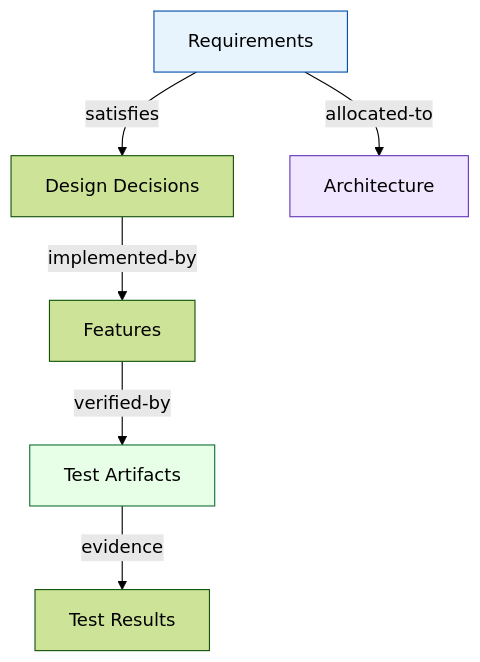
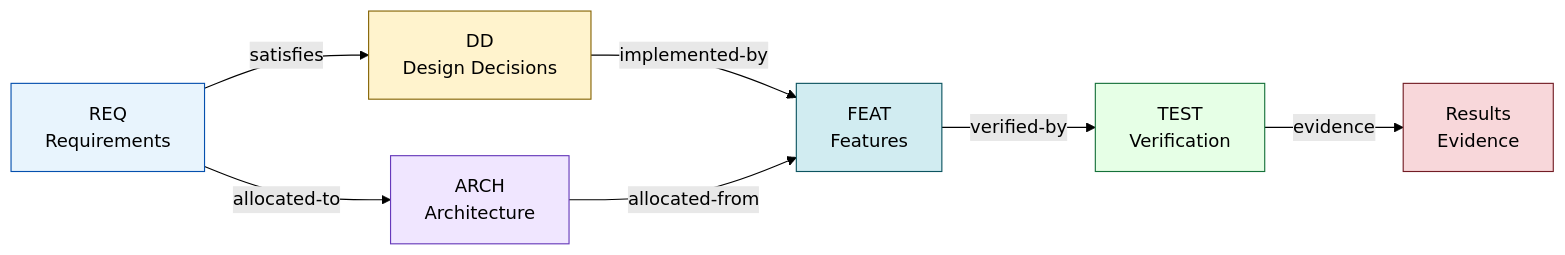
One commit to pulseengine/rivet changed the diagram in docs/srs.md. Above: the diagram before and after it, drawn with Mermaid (forest theme). The commit also changed other lines of this file and 24 other files, not shown here.

````diff
--- a/docs/srs.md
+++ b/docs/srs.md
@@ -90,11 +92,15 @@
 ```mermaid
-graph TD
-    REQ[Requirements] -->|satisfies| DD[Design Decisions]
-    REQ -->|allocated-to| ARCH[Architecture]
-    DD -->|implemented-by| FEAT[Features]
-    FEAT -->|verified-by| TEST[Test Artifacts]
-    TEST -->|evidence| RES[Test Results]
+graph LR
+    REQ[REQ<br/>Requirements] -->|satisfies| DD[DD<br/>Design Decisions]
+    REQ -->|allocated-to| ARCH[ARCH<br/>Architecture]
+    DD -->|implemented-by| FEAT[FEAT<br/>Features]
+    ARCH -->|allocated-from| FEAT
+    FEAT -->|verified-by| TEST[TEST<br/>Verification]
+    TEST -->|evidence| RES[Results<br/>Evidence]
     style REQ fill:#e8f4fd,stroke:#0550ae
+    style DD fill:#fff3cd,stroke:#856404
     style ARCH fill:#f0e6ff,stroke:#6639ba
+    style FEAT fill:#d1ecf1,stroke:#0c5460
     style TEST fill:#e6ffe6,stroke:#15713a
+    style RES fill:#f8d7da,stroke:#721c24
 ```
````
